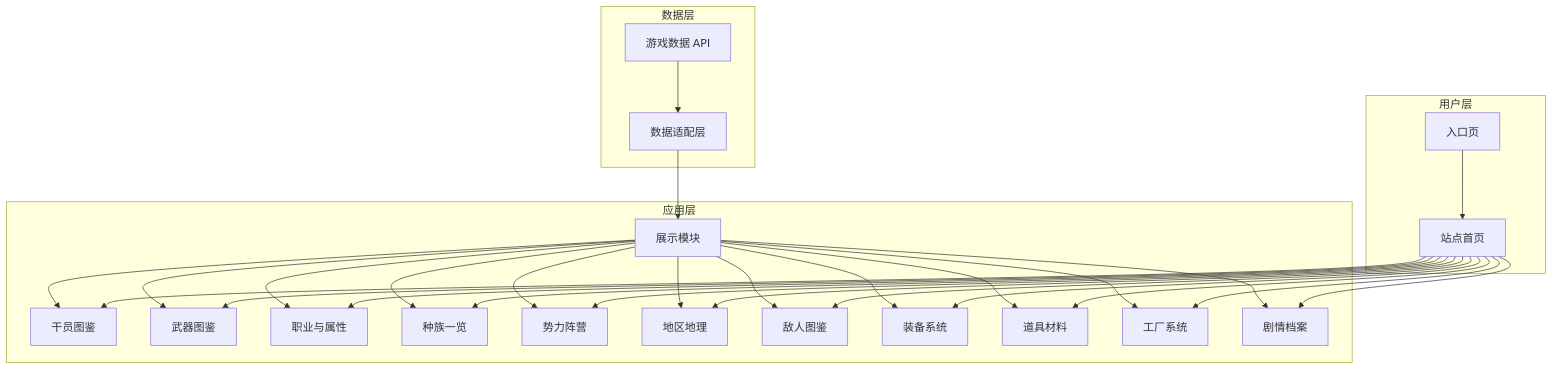
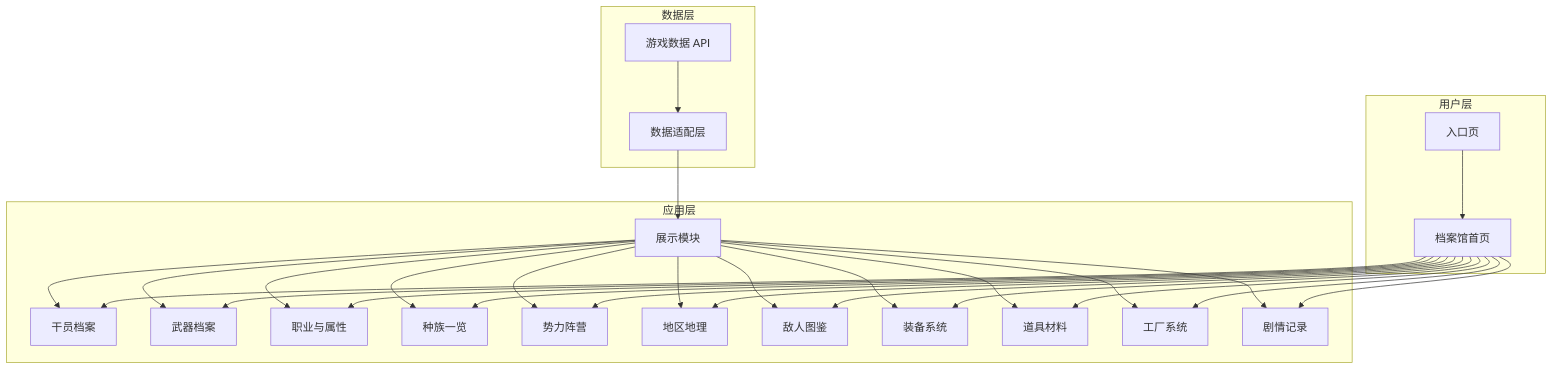
One commit to Deliay/hongshan-archives-bureau changed the first of 2 diagrams in docs/product/00-site-concept.md. Above: the diagram before and after it, drawn with Mermaid. The commit also changed other lines of this file and 11 other files, not shown here.

````diff
--- a/docs/product/00-site-concept.md
+++ b/docs/product/00-site-concept.md
@@ -18,34 +18,34 @@
 ```mermaid
 flowchart TD
     subgraph 数据层
         A[游戏数据 API] --> B[数据适配层]
     end
     subgraph 应用层
         B --> E[展示模块]
-        E --> F[干员图鉴]
-        E --> G[武器图鉴]
+        E --> F[干员档案]
+        E --> G[武器档案]
         E --> H[职业与属性]
         E --> I[种族一览]
         E --> J[势力阵营]
         E --> K[地区地理]
         E --> L[敌人图鉴]
         E --> M[装备系统]
         E --> N[道具材料]
         E --> O[工厂系统]
-        E --> P[剧情档案]
+        E --> P[剧情记录]
     end
     subgraph 用户层
-        Q[入口页] --> R[站点首页]
+        Q[入口页] --> R[档案馆首页]
         R --> F
         R --> G
         R --> H
         R --> J
         R --> K
         R --> L
         R --> M
         R --> N
         R --> O
         R --> P
         R --> I
     end
 ```
````
